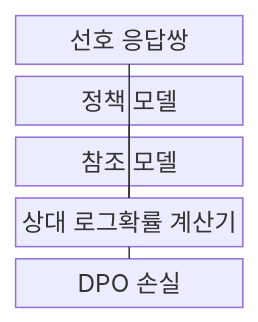
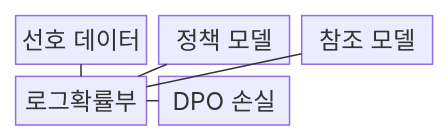
The first of 2 diagrams in src/content/docs/notes/08-latest-tech/066_direct_preference_optimization.md (agnusdei1207/knowledge-base), drawn with Mermaid before and after one commit. The commit also changed other lines of this file and 228 other files, not shown here.

````diff
--- a/src/content/docs/notes/08-latest-tech/066_direct_preference_optimization.md
+++ b/src/content/docs/notes/08-latest-tech/066_direct_preference_optimization.md
@@ -51,13 +51,13 @@
 ```mermaid
 block-beta
-  columns 1
-  A["선호 응답쌍"]
+  columns 3
+  A["선호 데이터"]
   B["정책 모델"]
   C["참조 모델"]
-  D["상대 로그확률 계산기"]
+  D["로그확률부"]
   E["DPO 손실"]
   A --- D
   B --- D
   C --- D
   D --- E
 ```
````
